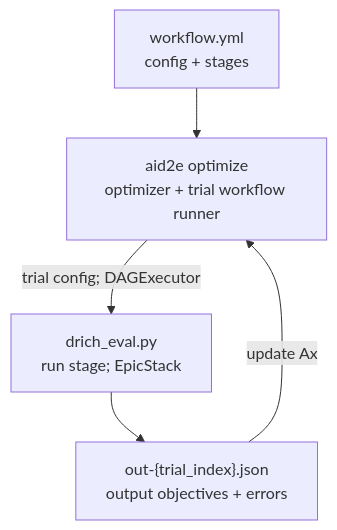
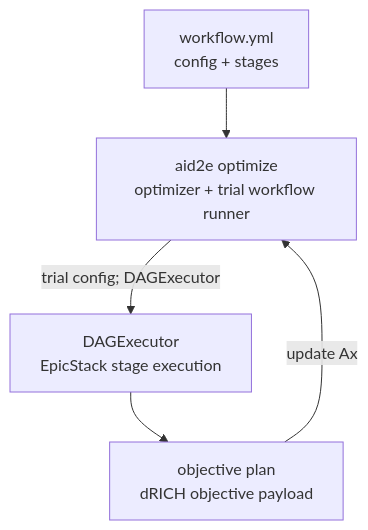
One commit to aid2e/AID2E-framework changed the diagram in examples/drich/README.md. Above: the diagram before and after it, drawn with Mermaid. The commit also changed other lines of this file and 42 other files, not shown here.

````diff
--- a/examples/drich/README.md
+++ b/examples/drich/README.md
@@ -34,12 +33,12 @@
 ```mermaid
 flowchart TB
   C["workflow.yml<br/>config + stages"]
   O["aid2e optimize<br/>optimizer + trial workflow runner"]
-  E["drich_eval.py<br/>run stage; EpicStack"]
-  R["out-{trial_index}.json<br/>output objectives + errors"]
+  E["DAGExecutor<br/>EpicStack stage execution"]
+  R["objective plan<br/>dRICH objective payload"]
 
   C --> O
   O -->|"trial config; DAGExecutor"| E
   E --> R
   R -->|"update Ax"| O
 ```
````
